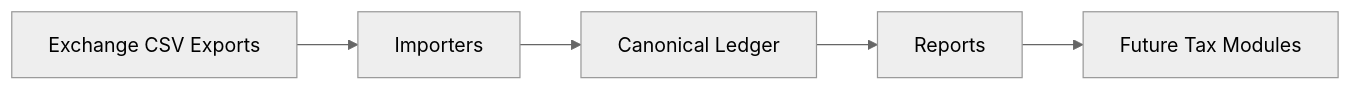
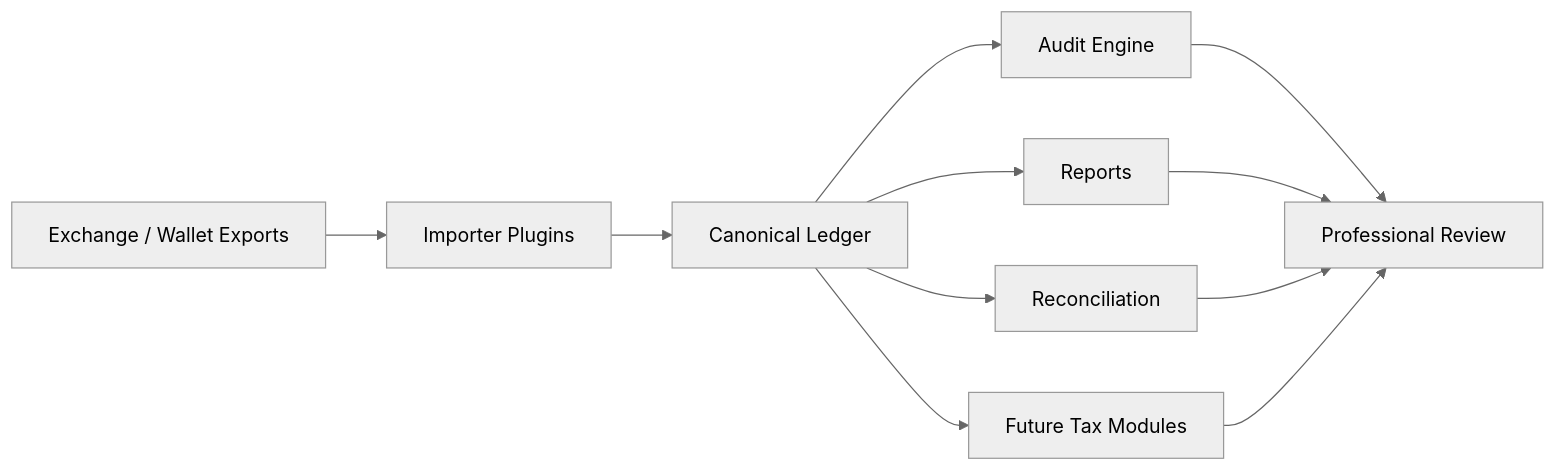
One commit to Reckonry/Reckonry changed the diagram in README.md. Above: the diagram before and after it, drawn with Mermaid (neutral theme). The commit also changed other lines of this file and 320 other files, not shown here.

````diff
--- a/README.md
+++ b/README.md
@@ -51,7 +69,13 @@
 ```mermaid
 flowchart LR
-    A["Exchange CSV Exports"] --> B["Importers"]
+    A["Exchange / Wallet Exports"] --> B["Importer Plugins"]
     B --> C["Canonical Ledger"]
-    C --> D["Reports"]
-    D --> E["Future Tax Modules"]
+    C --> D["Audit Engine"]
+    C --> E["Reports"]
+    C --> F["Reconciliation"]
+    C --> G["Future Tax Modules"]
+    D --> H["Professional Review"]
+    E --> H
+    F --> H
+    G --> H
 ```
````
